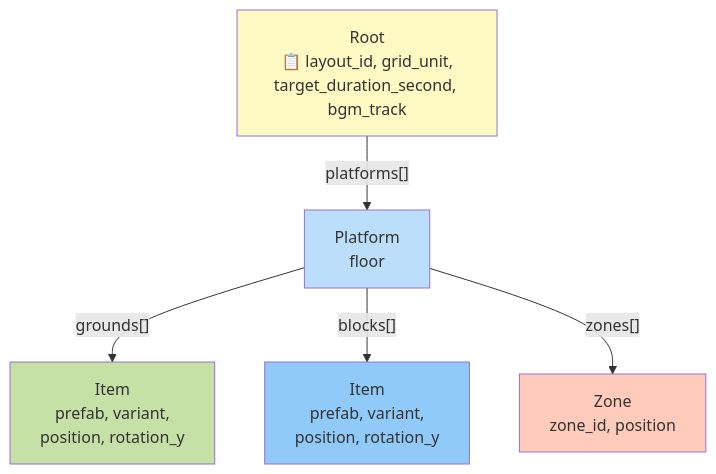
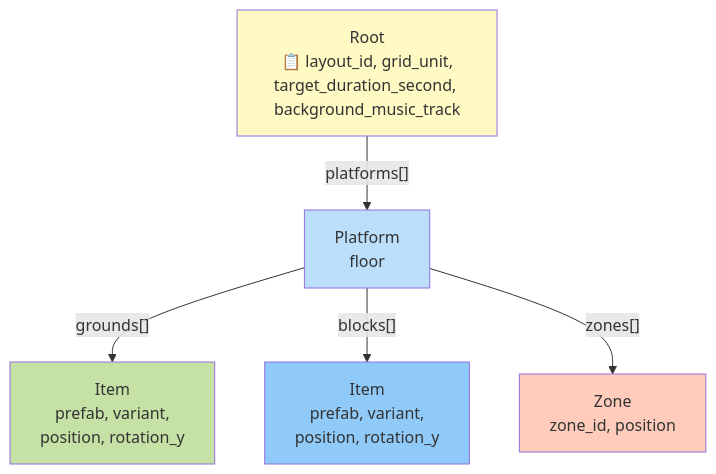
One commit to hiroxpepe/briko changed diagram 19 of 39 in docs/briko_spec.md. Above: the diagram before and after it, drawn with Mermaid. The commit also changed other lines of this file and 5 other files, not shown here.

Commit message:
docs: Update background music key name and add test project

````diff
--- a/docs/briko_spec.md
+++ b/docs/briko_spec.md
@@ -652,14 +652,14 @@
 ```mermaid
 graph TB
-    Root["Root<br/>📋 layout_id, grid_unit,<br/>target_duration_second, bgm_track"]
+    Root["Root<br/>📋 layout_id, grid_unit,<br/>target_duration_second, background_music_track"]
     Root -->|"platforms[]"| P[Platform<br/>floor]
     P -->|"grounds[]"| I1[Item<br/>prefab, variant,<br/>position, rotation_y]
     P -->|"blocks[]"| I2[Item<br/>prefab, variant,<br/>position, rotation_y]
     P -->|"zones[]"| Z[Zone<br/>zone_id, position]
 
     style Root fill:#fff9c4
     style P fill:#bbdefb
     style I1 fill:#c5e1a5
     style I2 fill:#90caf9
     style Z fill:#ffccbc
 ```
````
